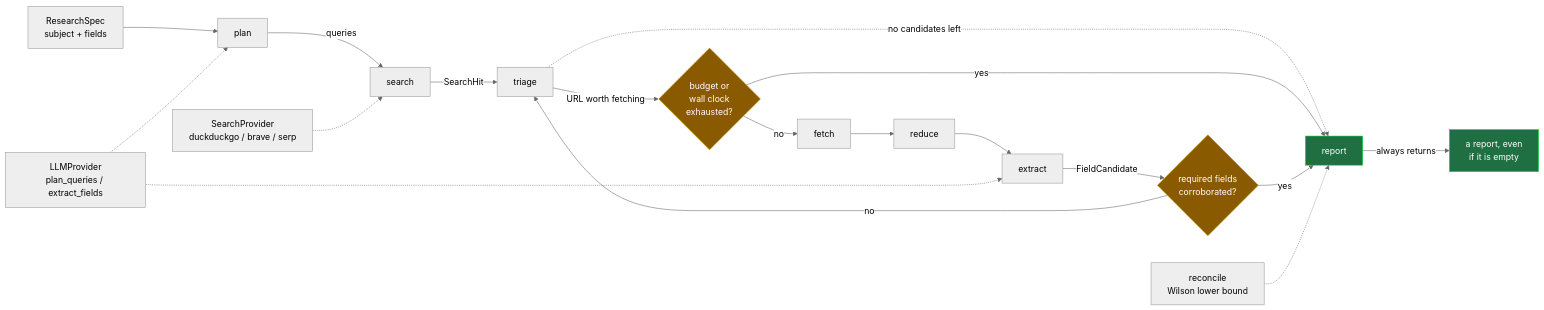
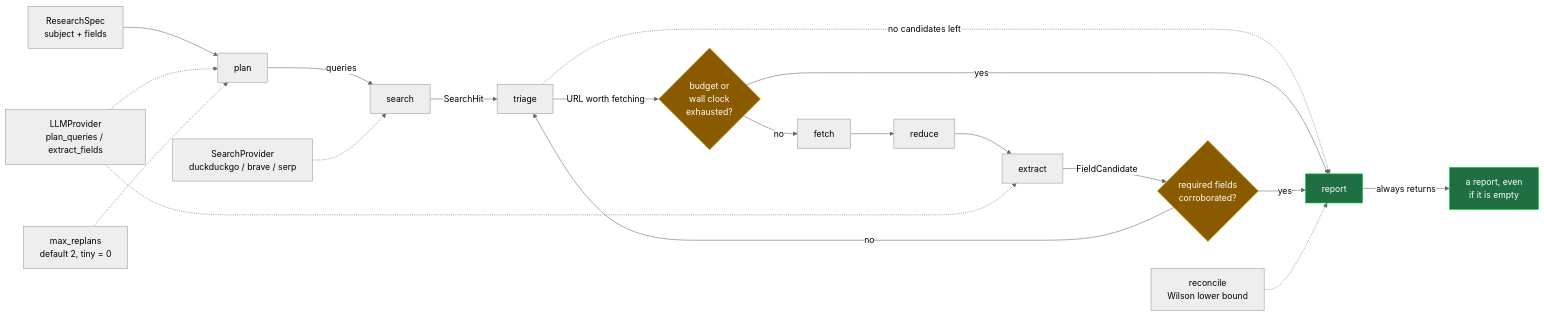
Before and after one commit to ogc16/web-scraper: the first of 5 diagrams in README.md, drawn with Mermaid (neutral theme). The commit also changed other lines of this file and 7 other files, not shown here.

````diff
--- a/README.md
+++ b/README.md
@@ -213,26 +220,27 @@
 ```mermaid
 flowchart LR
     spec[ResearchSpec<br/>subject + fields] --> plan[plan]
     plan -->|queries| search[search]
     search -->|SearchHit| triage[triage]
     triage -->|URL worth fetching| gate{"budget or<br/>wall clock<br/>exhausted?"}
     triage -.->|no candidates left| report
     gate -- yes --> report
     gate -- no --> fetch[fetch]
     fetch --> reduce[reduce]
     reduce --> extract[extract]
     extract -->|FieldCandidate| cov{"required fields<br/>corroborated?"}
     cov -- yes --> report
     cov -- no --> triage
     report -->|always returns| out["a report, even<br/>if it is empty"]
 
     llm["LLMProvider<br/>plan_queries / extract_fields"] -.-> plan
     llm -.-> extract
     srch["SearchProvider<br/>duckduckgo / brave / serp"] -.-> search
     ver["reconcile<br/>Wilson lower bound"] -.-> report
+    rp["max_replans<br/>default 2, tiny = 0"] -.-> plan
 
     style report fill:#1f6f43,stroke:#0d3,color:#fff
     style out fill:#1f6f43,stroke:#0d3,color:#fff
     style gate fill:#8a5a00,stroke:#c90,color:#fff
     style cov fill:#8a5a00,stroke:#c90,color:#fff
 ```
````
